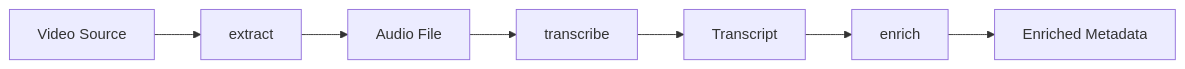
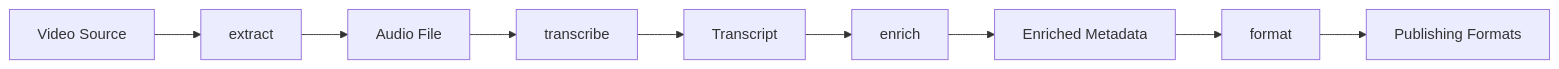
Before and after one commit to smahmud/content-pipeline: the diagram in docs/cli-commands.md, drawn with Mermaid. The commit also changed other lines of this file and 2 other files, not shown here.

Commit message:
docs(formatter): update documentation for format command

````diff
--- a/docs/cli-commands.md
+++ b/docs/cli-commands.md
@@ -227,9 +353,11 @@
 ```mermaid
 graph LR
     A[Video Source] --> B[extract]
     B --> C[Audio File]
     C --> D[transcribe]
     D --> E[Transcript]
     E --> F[enrich]
     F --> G[Enriched Metadata]
+    G --> H[format]
+    H --> I[Publishing Formats]
 ```
````
